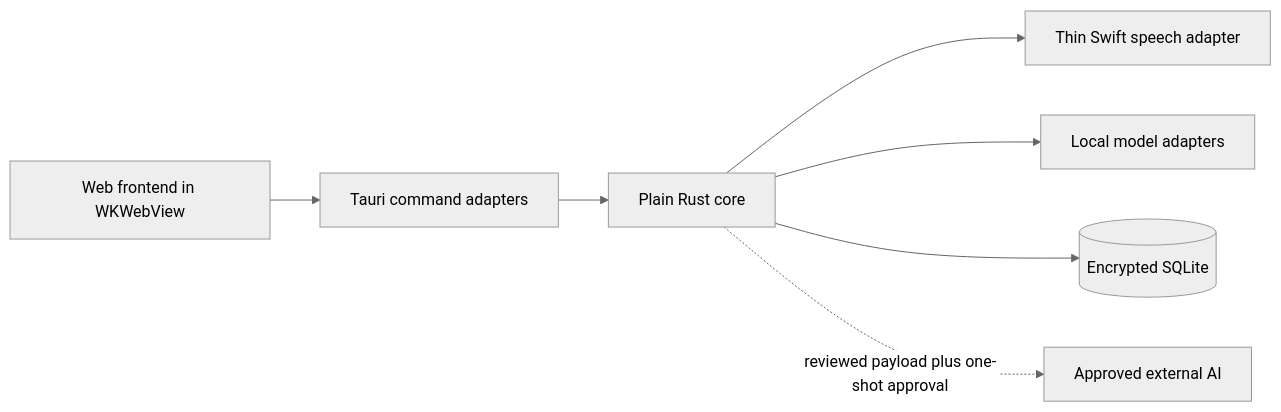
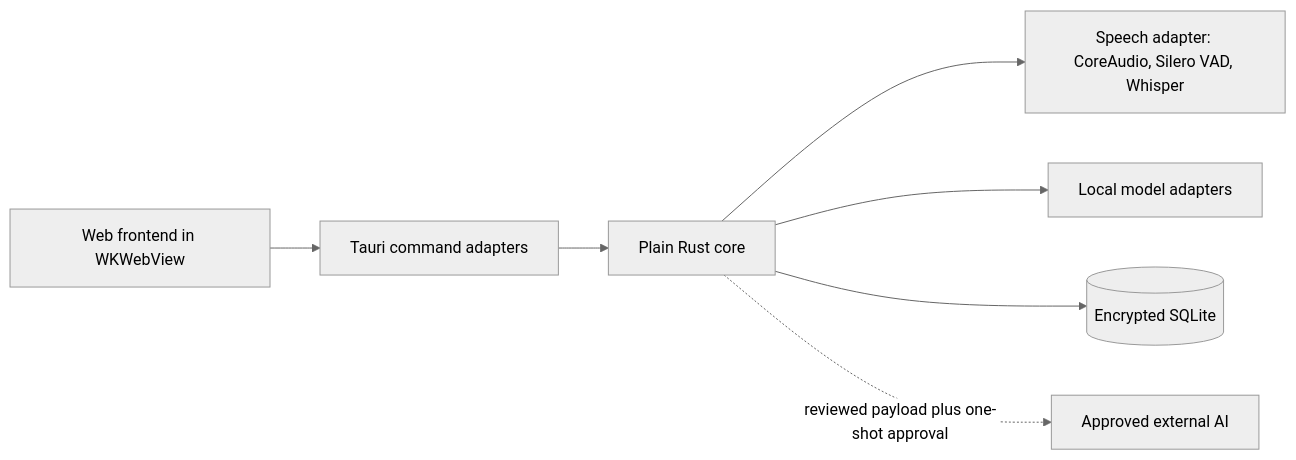
The diagram in docs/architecture.md (simonjamesrowe/clinical-privacy-gateway), drawn with Mermaid (neutral theme) before and after one commit. The commit also changed other lines of this file and 65 other files, not shown here.

````diff
--- a/docs/architecture.md
+++ b/docs/architecture.md
@@ -14,16 +14,16 @@
 ```mermaid
 flowchart LR
     UI[Web frontend in WKWebView]
     TA[Tauri command adapters]
     CORE[Plain Rust core]
-    SWIFT[Thin Swift speech adapter]
+    SPEECH[Speech adapter: CoreAudio, Silero VAD, Whisper]
     DB[(Encrypted SQLite)]
     MODELS[Local model adapters]
     CLOUD[Approved external AI]
 
     UI --> TA --> CORE
-    CORE --> SWIFT
+    CORE --> SPEECH
     CORE --> MODELS
     CORE --> DB
     CORE -. reviewed payload plus one-shot approval .-> CLOUD
 ```
````
